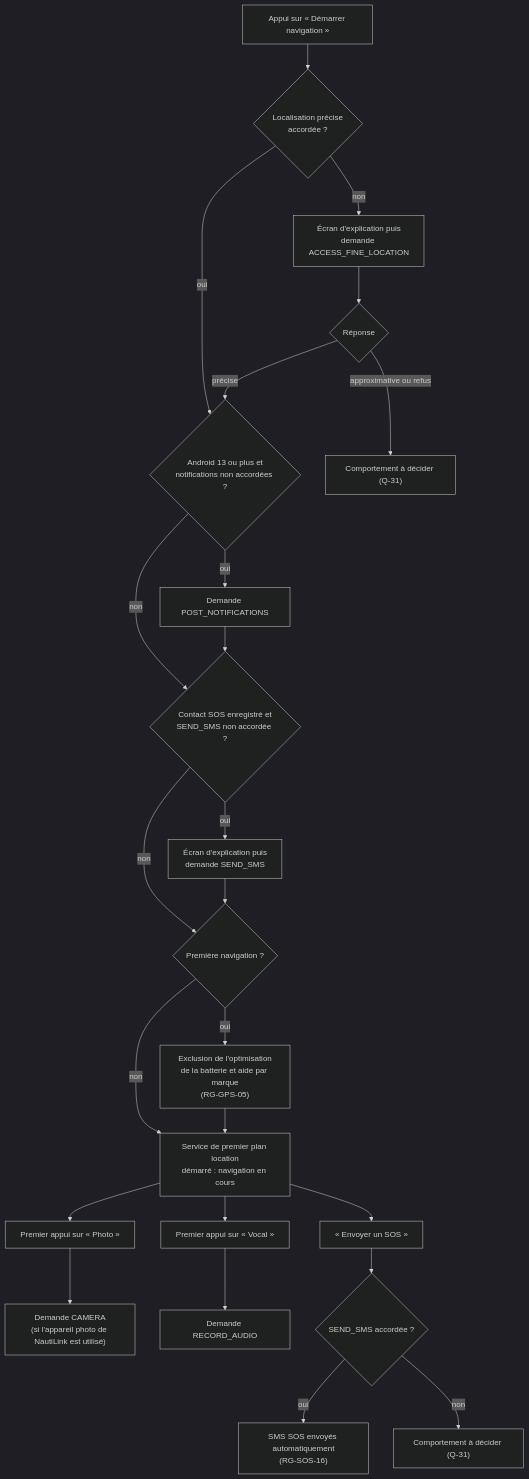
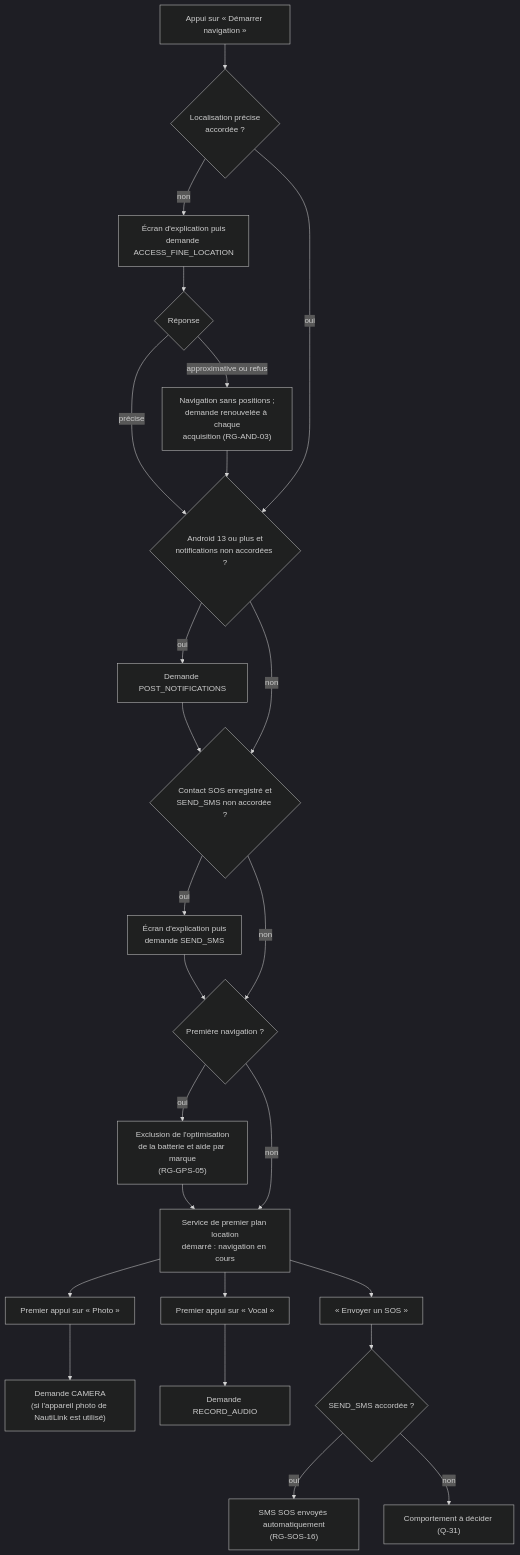
The diagram in docs/etudes/autorisations-android.md (gmoulard/NautiLink), drawn with Mermaid (dark theme) before and after one commit. The commit also changed other lines of this file and 4 other files, not shown here.

````diff
--- a/docs/etudes/autorisations-android.md
+++ b/docs/etudes/autorisations-android.md
@@ -56,20 +56,20 @@
 ```mermaid
 flowchart TD
     A["Appui sur « Démarrer navigation »"] --> B{"Localisation précise<br/>accordée ?"}
     B -- non --> B1["Écran d'explication puis<br/>demande ACCESS_FINE_LOCATION"]
     B1 --> B2{"Réponse"}
     B2 -- "précise" --> C
-    B2 -- "approximative ou refus" --> BX["Comportement à décider (Q-31)"]
+    B2 -- "approximative ou refus" --> BX["Navigation sans positions ;<br/>demande renouvelée à chaque<br/>acquisition (RG-AND-03)"] --> C
     B -- oui --> C{"Android 13 ou plus et<br/>notifications non accordées ?"}
     C -- oui --> C1["Demande POST_NOTIFICATIONS"] --> D
     C -- non --> D{"Contact SOS enregistré et<br/>SEND_SMS non accordée ?"}
     D -- oui --> D1["Écran d'explication puis<br/>demande SEND_SMS"] --> E
     D -- non --> E{"Première navigation ?"}
     E -- oui --> E1["Exclusion de l'optimisation<br/>de la batterie et aide par marque<br/>(RG-GPS-05)"] --> F
     E -- non --> F["Service de premier plan location<br/>démarré : navigation en cours"]
     F --> G["Premier appui sur « Photo »"] --> G1["Demande CAMERA<br/>(si l'appareil photo de NautiLink est utilisé)"]
     F --> H["Premier appui sur « Vocal »"] --> H1["Demande RECORD_AUDIO"]
     F --> I["« Envoyer un SOS »"] --> I1{"SEND_SMS accordée ?"}
     I1 -- oui --> I2["SMS SOS envoyés automatiquement<br/>(RG-SOS-16)"]
     I1 -- non --> I3["Comportement à décider (Q-31)"]
 ```
````
